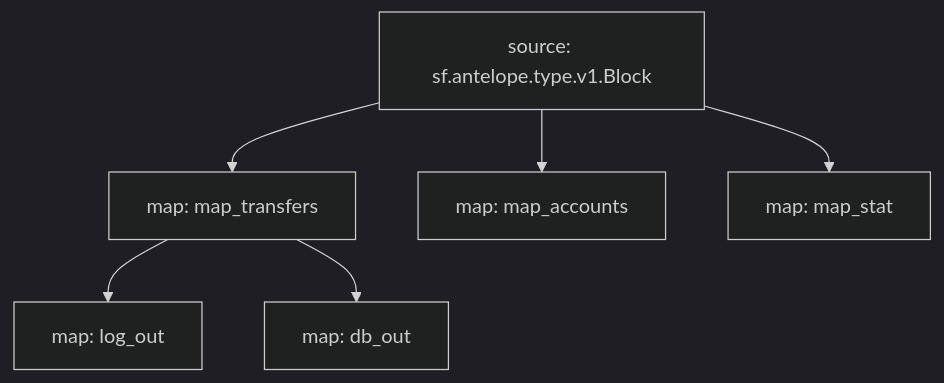
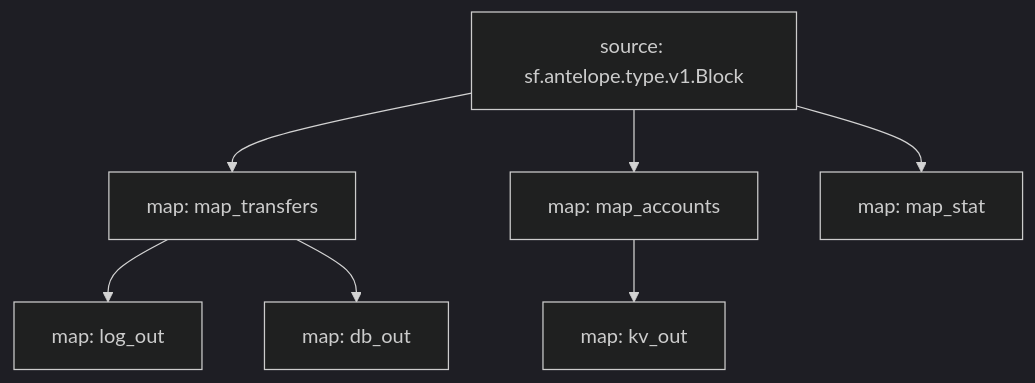
The diagram in eosio.token/README.md (pinax-network/substreams), drawn with Mermaid (dark theme) before and after one commit. The commit also changed other lines of this file and 2 other files, not shown here.

Commit message:
Added kv_out for accounts in eosio.token

````diff
--- a/eosio.token/README.md
+++ b/eosio.token/README.md
@@ -16,13 +16,15 @@
 ```mermaid
 graph TD;
   map_transfers[map: map_transfers]
   sf.antelope.type.v1.Block[source: sf.antelope.type.v1.Block] --> map_transfers
   map_accounts[map: map_accounts]
   sf.antelope.type.v1.Block[source: sf.antelope.type.v1.Block] --> map_accounts
   map_stat[map: map_stat]
   sf.antelope.type.v1.Block[source: sf.antelope.type.v1.Block] --> map_stat
   log_out[map: log_out]
   map_transfers --> log_out
   db_out[map: db_out]
   map_transfers --> db_out
+  kv_out[map: kv_out]
+  map_accounts --> kv_out
 ```
````
